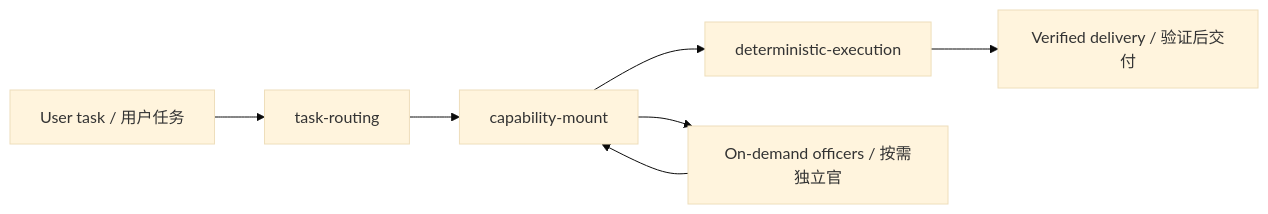
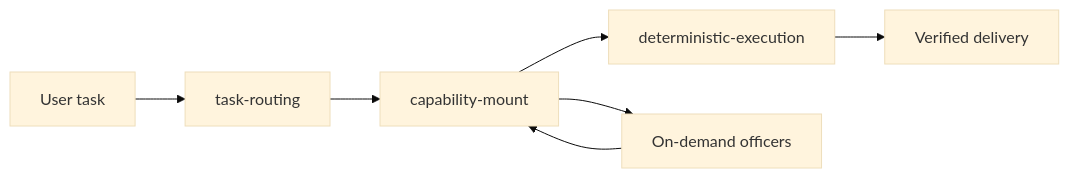
Before and after one commit to AI-wuji/wuji-legion-codex: the diagram in README.md, drawn with Mermaid (base theme). The commit also changed other lines of this file and 64 other files, not shown here.

````diff
--- a/README.md
+++ b/README.md
@@ -30,9 +29,9 @@
 ```mermaid
 flowchart LR
-    A["User task / 用户任务"] --> B["task-routing"]
+    A["User task"] --> B["task-routing"]
     B --> C["capability-mount"]
     C --> D["deterministic-execution"]
-    C --> E["On-demand officers / 按需独立官"]
+    C --> E["On-demand officers"]
     E --> C
-    D --> F["Verified delivery / 验证后交付"]
+    D --> F["Verified delivery"]
 ```
````
